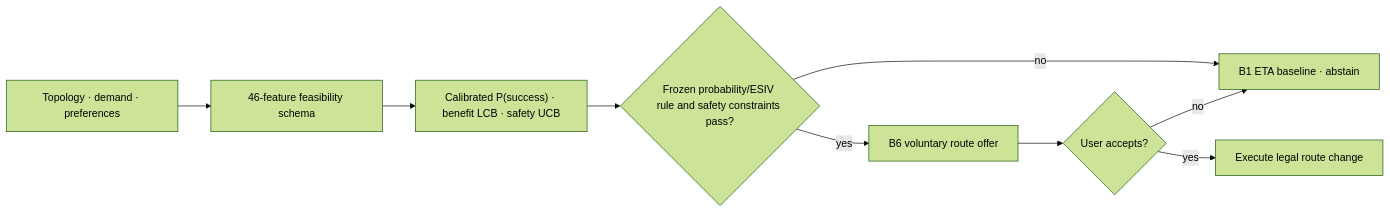
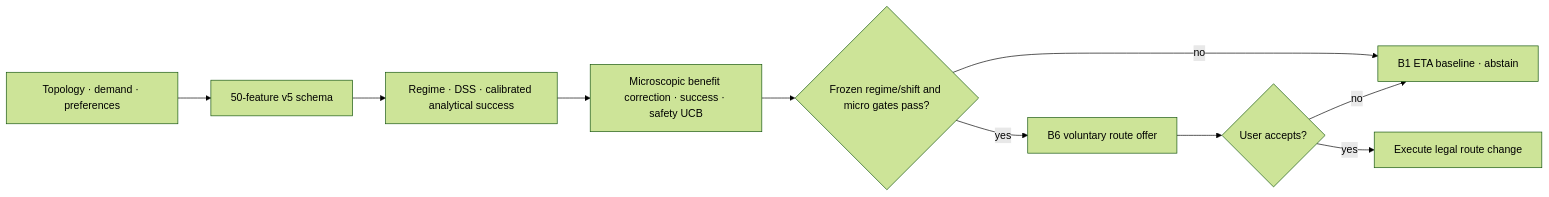
The diagram in README.md (Jaemin-K-An/Concordia), drawn with Mermaid (forest theme) before and after one commit. The commit also changed other lines of this file and 8 other files, not shown here.

````diff
--- a/README.md
+++ b/README.md
@@ -72,11 +79,12 @@
 ```mermaid
 flowchart LR
-    A["Topology · demand · preferences"] --> B["46-feature feasibility schema"]
-    B --> C["Calibrated P(success) · benefit LCB · safety UCB"]
-    C --> D{"Frozen probability/ESIV rule and safety constraints pass?"}
-    D -->|"no"| E["B1 ETA baseline · abstain"]
-    D -->|"yes"| F["B6 voluntary route offer"]
-    F --> G{"User accepts?"}
-    G -->|"yes"| H["Execute legal route change"]
-    G -->|"no"| E
+    A["Topology · demand · preferences"] --> B["50-feature v5 schema"]
+    B --> C["Regime · DSS · calibrated analytical success"]
+    C --> D["Microscopic benefit correction · success · safety UCB"]
+    D --> E{"Frozen regime/shift and micro gates pass?"}
+    E -->|"no"| F["B1 ETA baseline · abstain"]
+    E -->|"yes"| G["B6 voluntary route offer"]
+    G --> H{"User accepts?"}
+    H -->|"yes"| I["Execute legal route change"]
+    H -->|"no"| F
 ```
````
